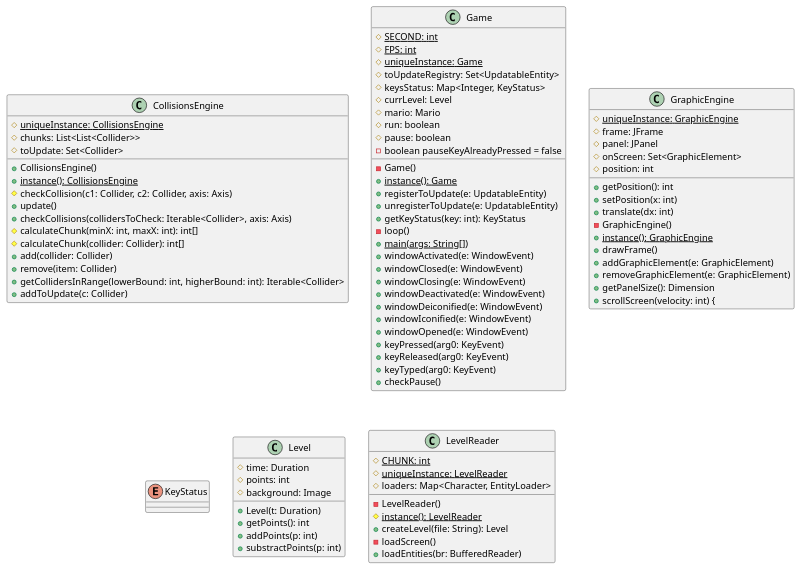
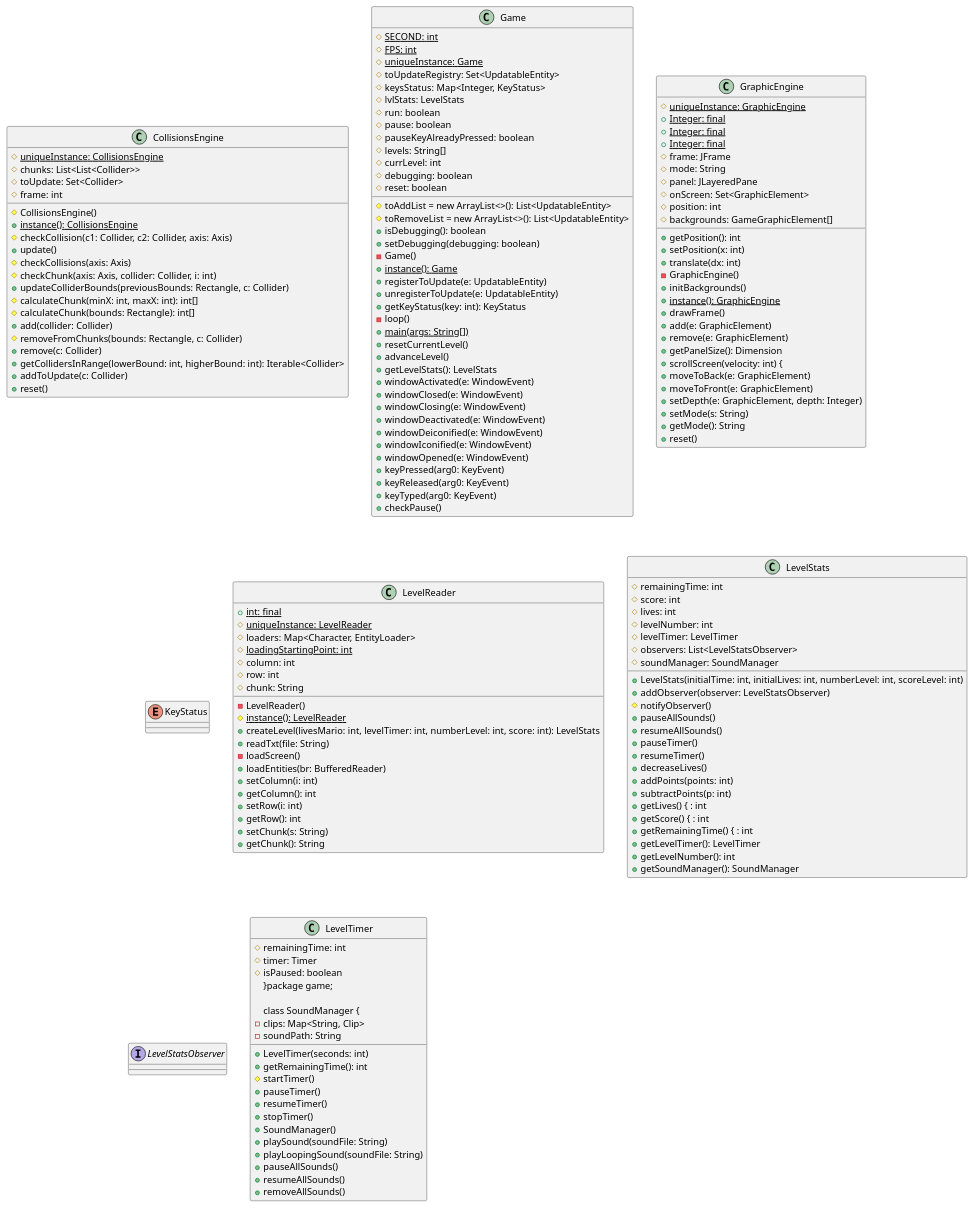
Before and after one commit to giuli635/SuperMarioBros: the diagram in Diagramas/diagramas/diagrama-extendido-game.puml, drawn with PlantUML. The commit also changed 5 other files, not shown here.

Commit message:
No llegamos a actualizar los diagramas

```diff
--- a/Diagramas/diagramas/diagrama-extendido-game.puml
+++ b/Diagramas/diagramas/diagrama-extendido-game.puml
@@ -1,92 +1,172 @@
 @startuml
 class CollisionsEngine {
    #{static} uniqueInstance: CollisionsEngine
    #chunks: List<List<Collider>>
    #toUpdate: Set<Collider>
-   +CollisionsEngine()
+   #frame: int
+   #CollisionsEngine()
    +{static}instance(): CollisionsEngine 
    #checkCollision(c1: Collider, c2: Collider, axis: Axis)
    +update()
-   +checkCollisions(collidersToCheck: Iterable<Collider>, axis: Axis)
+   #checkCollisions(axis: Axis)
+   #checkChunk(axis: Axis, collider: Collider, i: int)
+   +updateColliderBounds(previousBounds: Rectangle, c: Collider)
    #calculateChunk(minX: int, maxX: int): int[] 
-   #calculateChunk(collider: Collider): int[] 
+   #calculateChunk(bounds: Rectangle): int[] 
    +add(collider: Collider)
-   +remove(item: Collider)
+   #removeFromChunks(bounds: Rectangle, c: Collider)
+   +remove(c: Collider)
    +getCollidersInRange(lowerBound: int, higherBound: int): Iterable<Collider> 
    +addToUpdate(c: Collider)
+   +reset()
 }
 
 class Game {
    #{static} SECOND: int
    #{static} FPS: int
    #{static} uniqueInstance: Game
    #toUpdateRegistry: Set<UpdatableEntity>
    #keysStatus: Map<Integer, KeyStatus>
-   #currLevel: Level
-   #mario: Mario
+   #lvlStats: LevelStats
    #run: boolean
    #pause: boolean
-   -boolean pauseKeyAlreadyPressed = false 
+   #pauseKeyAlreadyPressed: boolean
+   #levels: String[]
+   #currLevel: int
+   #toAddList = new ArrayList<>(): List<UpdatableEntity> 
+   #toRemoveList = new ArrayList<>(): List<UpdatableEntity> 
+   #debugging: boolean
+   #reset: boolean
+   +isDebugging(): boolean 
+   +setDebugging(debugging: boolean)
    -Game()
    +{static}instance(): Game 
    +registerToUpdate(e: UpdatableEntity)
    +unregisterToUpdate(e: UpdatableEntity)
    +getKeyStatus(key: int): KeyStatus 
    -loop()
    +{static} main(args: String[])
+   +resetCurrentLevel()
+   +advanceLevel()
+   +getLevelStats(): LevelStats 
    +windowActivated(e: WindowEvent)
    +windowClosed(e: WindowEvent)
    +windowClosing(e: WindowEvent)
    +windowDeactivated(e: WindowEvent)
    +windowDeiconified(e: WindowEvent)
    +windowIconified(e: WindowEvent)
    +windowOpened(e: WindowEvent)
    +keyPressed(arg0: KeyEvent)
    +keyReleased(arg0: KeyEvent)
    +keyTyped(arg0: KeyEvent)
    +checkPause()
 }
 
 class GraphicEngine {
    #{static} uniqueInstance: GraphicEngine
+   +{static} Integer: final
+   +{static} Integer: final
+   +{static} Integer: final
    #frame: JFrame
-   #panel: JPanel
+   #mode: String
+   #panel: JLayeredPane
    #onScreen: Set<GraphicElement>
    #position: int
+   #backgrounds: GameGraphicElement[]
    +getPosition(): int 
    +setPosition(x: int)
    +translate(dx: int)
    -GraphicEngine()
+   +initBackgrounds()
    +{static}instance(): GraphicEngine 
    +drawFrame()
-   +addGraphicElement(e: GraphicElement)
-   +removeGraphicElement(e: GraphicElement)
+   +add(e: GraphicElement)
+   +remove(e: GraphicElement)
    +getPanelSize(): Dimension 
    +scrollScreen(velocity: int) {  
+   +moveToBack(e: GraphicElement)
+   +moveToFront(e: GraphicElement)
+   +setDepth(e: GraphicElement, depth: Integer)
+   +setMode(s: String)
+   +getMode(): String 
+   +reset()
 }
 
 enum KeyStatus {
 }
 
-class Level {
-   #time: Duration
-   #points: int
-   #background: Image
-   +Level(t: Duration)
-   +getPoints(): int 
-   +addPoints(p: int)
-   +substractPoints(p: int)
+class LevelReader {
+   +{static} int: final
+   #{static} uniqueInstance: LevelReader
+   #loaders: Map<Character, EntityLoader>
+   #{static} loadingStartingPoint: int
+   #column: int
+   #row: int
+   #chunk: String
+   -LevelReader()
+   #{static}instance(): LevelReader 
+   +createLevel(livesMario: int, levelTimer: int, numberLevel: int, score: int): LevelStats 
+   +readTxt(file: String)
+   -loadScreen()
+   +loadEntities(br: BufferedReader)
+   +setColumn(i: int)
+   +getColumn(): int 
+   +setRow(i: int)
+   +getRow(): int 
+   +setChunk(s: String)
+   +getChunk(): String 
 }
 
-class LevelReader  {
-   #{static} CHUNK: int
-   #{static} uniqueInstance: LevelReader
-   #loaders: Map<Character, EntityLoader>
-   -LevelReader()
-   #{static}instance(): LevelReader 
-   +createLevel(file: String): Level 
-   -loadScreen()
-   +loadEntities(br: BufferedReader)
+class LevelStats {
+   #remainingTime: int
+   #score: int
+   #lives: int
+   #levelNumber: int
+   #levelTimer: LevelTimer
+   #observers: List<LevelStatsObserver>
+   #soundManager: SoundManager
+   +LevelStats(initialTime: int, initialLives: int, numberLevel: int, scoreLevel: int)
+   +addObserver(observer: LevelStatsObserver)
+   #notifyObserver()
+   +pauseAllSounds()
+   +resumeAllSounds()
+   +pauseTimer()
+   +resumeTimer()
+   +decreaseLives()
+   +addPoints(points: int)
+   +subtractPoints(p: int)
+   +getLives() { : int 
+   +getScore() { : int 
+   +getRemainingTime() { : int 
+   +getLevelTimer(): LevelTimer 
+   +getLevelNumber(): int 
+   +getSoundManager(): SoundManager 
+}
+
+interface LevelStatsObserver {
+}
+
+class LevelTimer {
+   #remainingTime: int
+   #timer: Timer
+   #isPaused: boolean
+   +LevelTimer(seconds: int)
+   +getRemainingTime(): int 
+   #startTimer()
+   +pauseTimer()
+   +resumeTimer()
+   +stopTimer()
+}package game;
+
+class SoundManager {
+   -clips: Map<String, Clip>
+   -soundPath: String
+   +SoundManager()
+   +playSound(soundFile: String)
+   +playLoopingSound(soundFile: String)
+   +pauseAllSounds()
+   +resumeAllSounds()
+   +removeAllSounds()
 }
 
 @enduml
```
